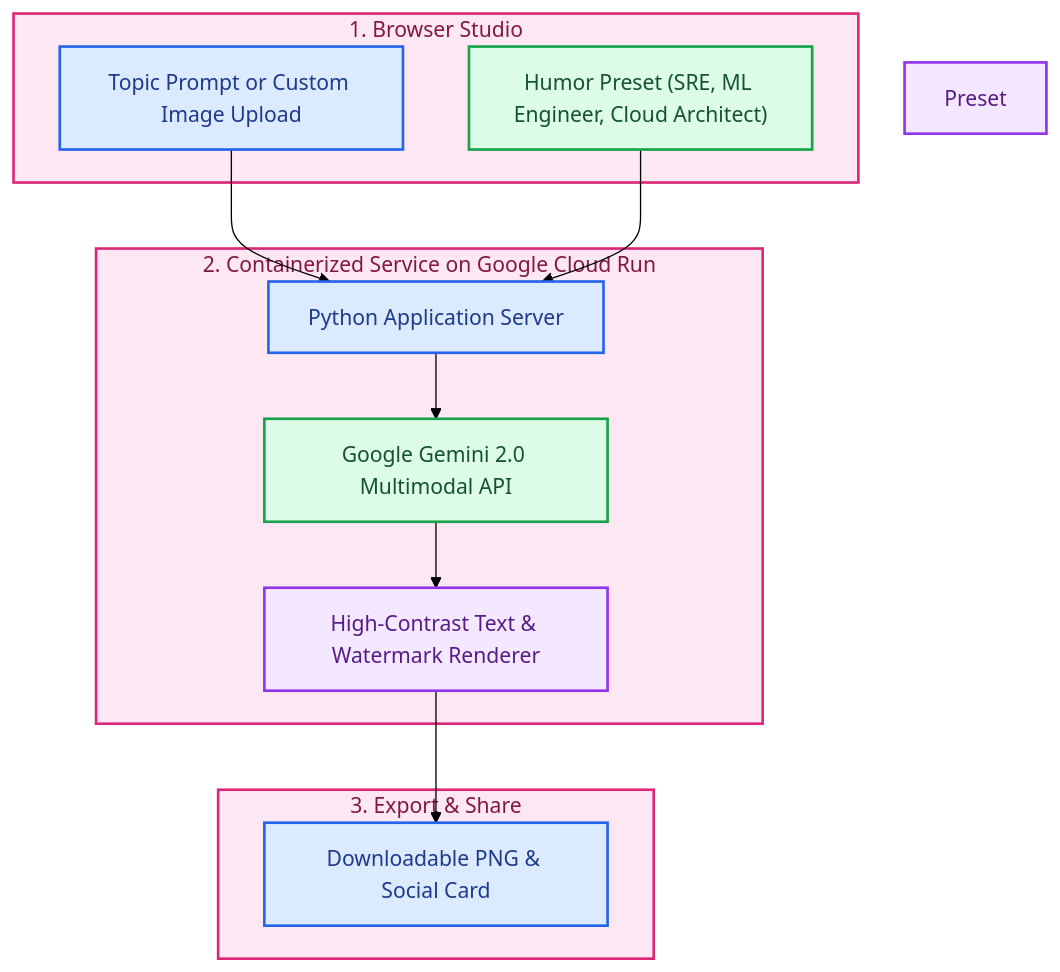
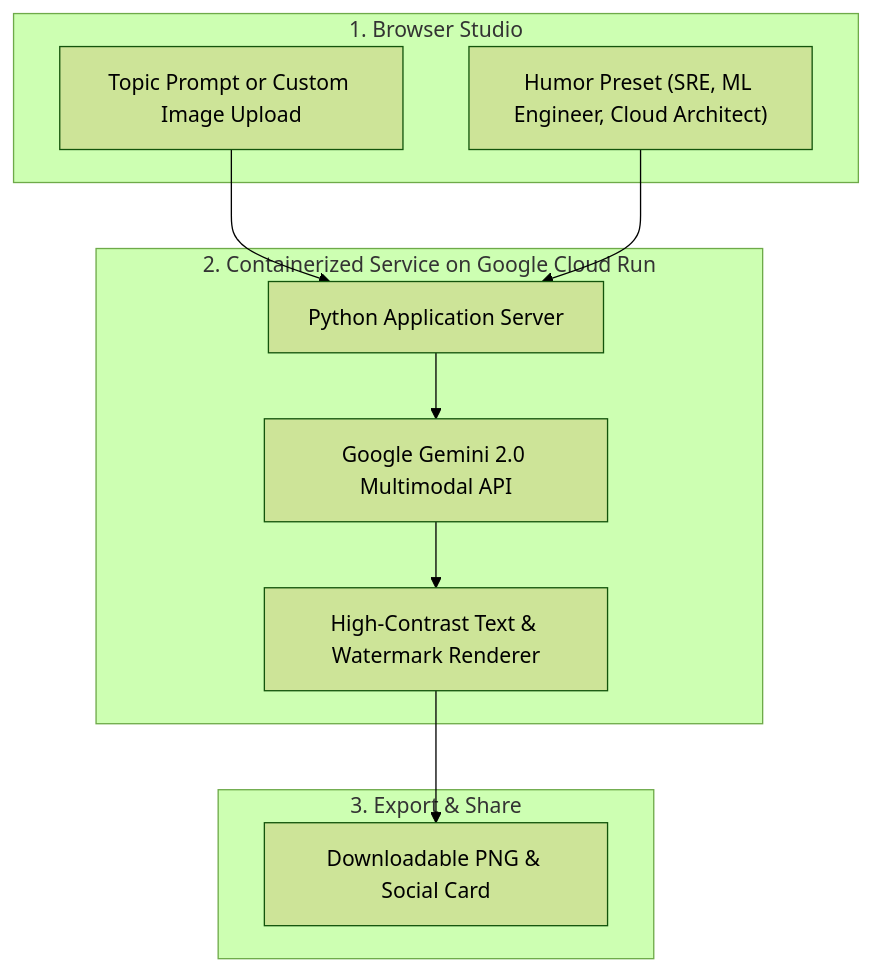
One commit to RobinaMirbahar/Meme-Generator2025 changed the diagram in README.md. Above: the diagram before and after it, drawn with Mermaid (forest theme).

Commit message:
docs: revert Mermaid color overrides for crisp native GitHub rendering and consolidate header

````diff
--- a/README.md
+++ b/README.md
@@ -28,26 +28,16 @@
 ```mermaid
 flowchart TD
     subgraph Client ["1. Browser Studio"]
         C_Up["Topic Prompt or Custom Image Upload"]
         C_Style["Humor Preset (SRE, ML Engineer, Cloud Architect)"]
     end
     subgraph CloudRun ["2. Containerized Service on Google Cloud Run"]
         CR_API["Python Application Server"]
         CR_Gem["Google Gemini 2.0 Multimodal API"]
         CR_Render["High-Contrast Text & Watermark Renderer"]
     end
     subgraph Out ["3. Export & Share"]
         O_Download["Downloadable PNG & Social Card"]
     end
     C_Up & C_Style --> CR_API --> CR_Gem --> CR_Render --> O_Download
-    style Client fill:#fce7f3,stroke:#db2777,stroke-width:2px,color:#831843
-    style C_Up fill:#dbeafe,stroke:#2563eb,stroke-width:2px,color:#1e3a8a
-    style C_Style fill:#dcfce7,stroke:#16a34a,stroke-width:2px,color:#14532d
-    style Preset fill:#f3e8ff,stroke:#9333ea,stroke-width:2px,color:#581c87
-    style CloudRun fill:#fce7f3,stroke:#db2777,stroke-width:2px,color:#831843
-    style CR_API fill:#dbeafe,stroke:#2563eb,stroke-width:2px,color:#1e3a8a
-    style CR_Gem fill:#dcfce7,stroke:#16a34a,stroke-width:2px,color:#14532d
-    style CR_Render fill:#f3e8ff,stroke:#9333ea,stroke-width:2px,color:#581c87
-    style Out fill:#fce7f3,stroke:#db2777,stroke-width:2px,color:#831843
-    style O_Download fill:#dbeafe,stroke:#2563eb,stroke-width:2px,color:#1e3a8a
 ```
````
